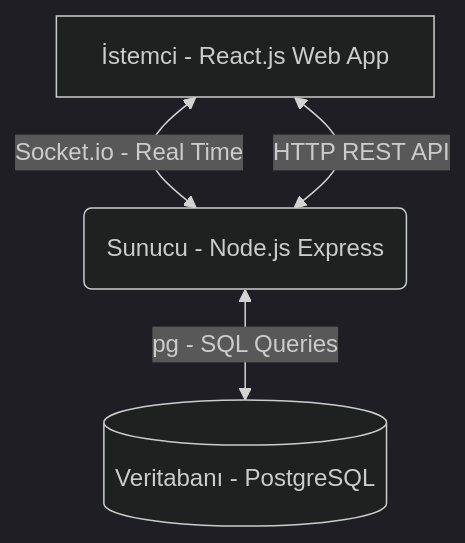
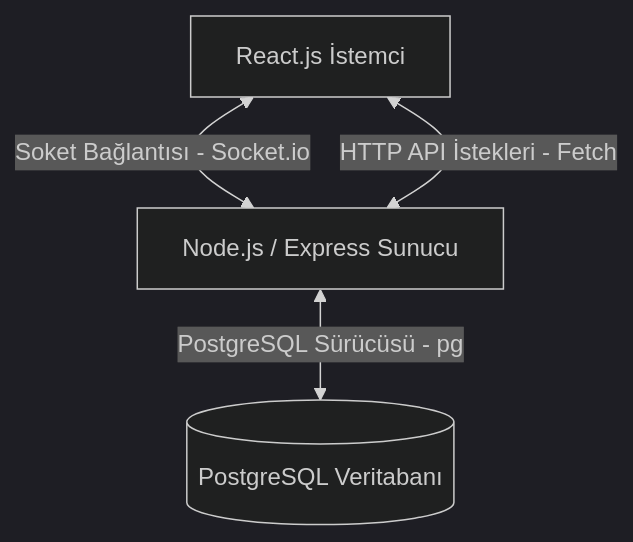
Before and after one commit to afsarsamet/quizUpp: the diagram in PROJE_DOKUMANTASYONU.md, drawn with Mermaid (dark theme). The commit also changed other lines of this file, not shown here.

````diff
--- a/PROJE_DOKUMANTASYONU.md
+++ b/PROJE_DOKUMANTASYONU.md
@@ -11,6 +15,6 @@
 ```mermaid
 graph TD
-    A[İstemci - React.js Web App] <-->|Socket.io - Real Time| B(Sunucu - Node.js Express)
-    A <-->|HTTP REST API| B
-    B <-->|pg - SQL Queries| C[(Veritabanı - PostgreSQL)]
+    A[React.js İstemci] <-->|Soket Bağlantısı - Socket.io| B[Node.js / Express Sunucu]
+    A <-->|HTTP API İstekleri - Fetch| B
+    B <-->|PostgreSQL Sürücüsü - pg| C[(PostgreSQL Veritabanı)]
 ```
````
